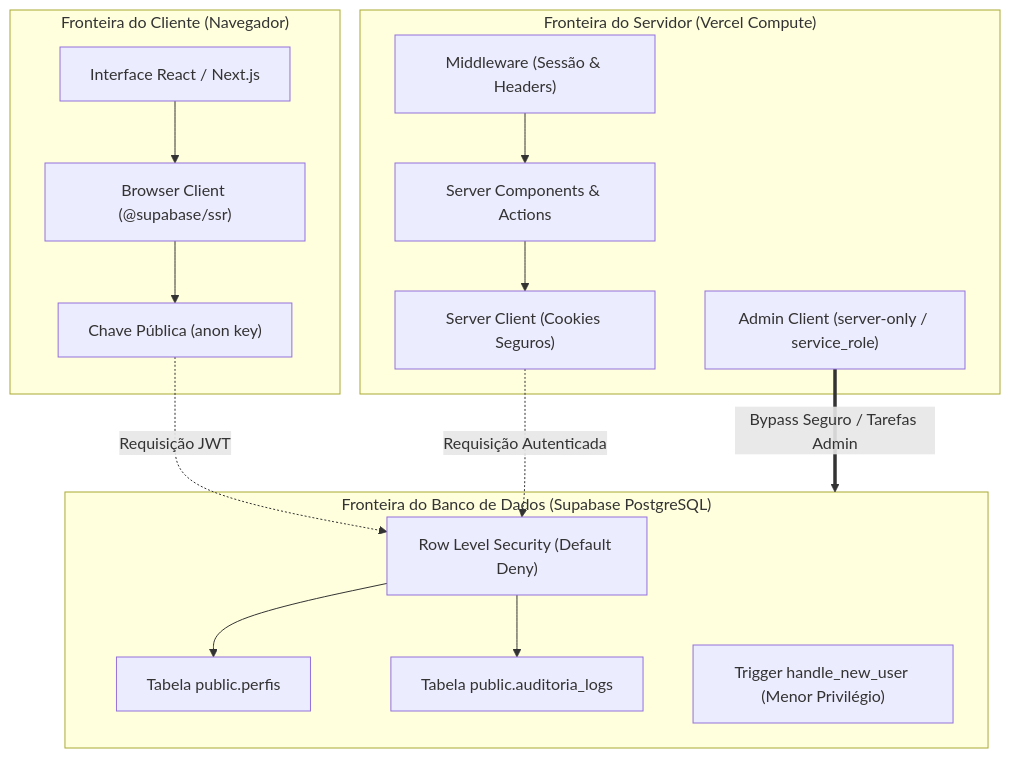
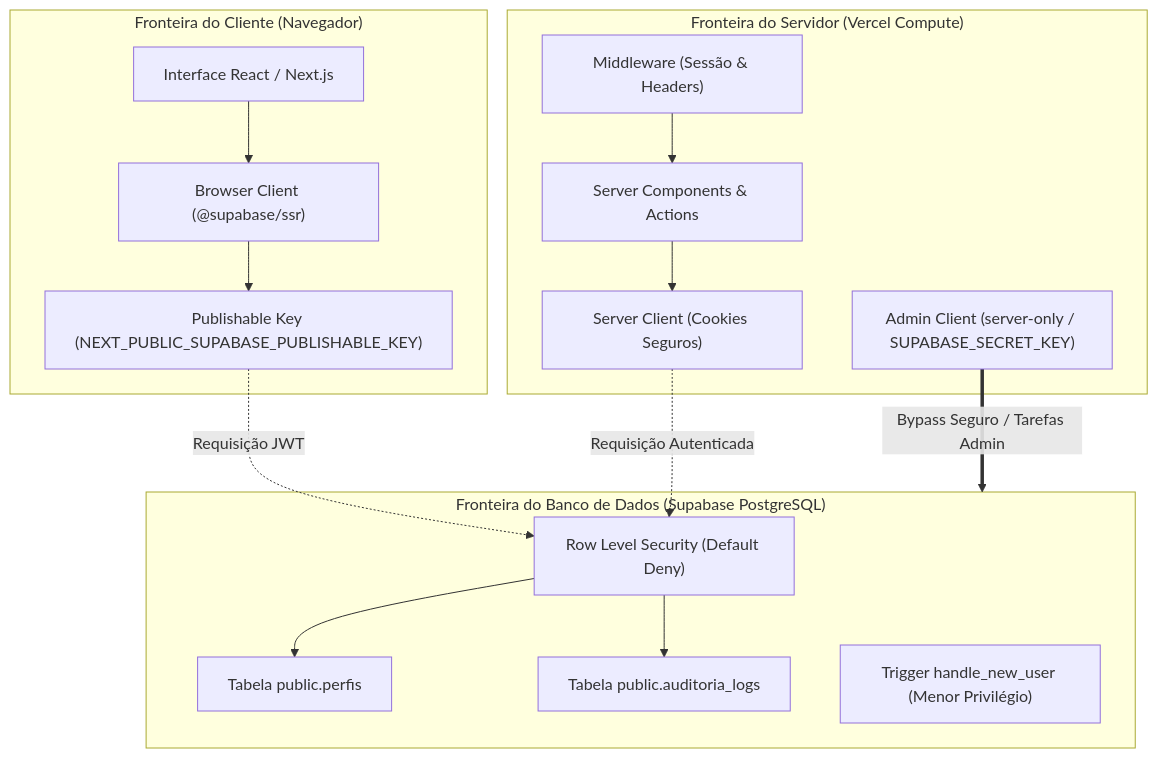
Before and after one commit to r71020142-eng/projetod1: the diagram in docs/SEGURANCA_BACKEND.md, drawn with Mermaid. The commit also changed other lines of this file and 7 other files, not shown here.

Commit message:
fix(backend): adota publishable e secret keys do Supabase

````diff
--- a/docs/SEGURANCA_BACKEND.md
+++ b/docs/SEGURANCA_BACKEND.md
@@ -16,32 +16,32 @@
 ```mermaid
 flowchart TD
     subgraph Client_Boundary ["Fronteira do Cliente (Navegador)"]
         UI["Interface React / Next.js"]
         BC["Browser Client (@supabase/ssr)"]
-        Anon["Chave Pública (anon key)"]
+        PubKey["Publishable Key (NEXT_PUBLIC_SUPABASE_PUBLISHABLE_KEY)"]
     end
 
     subgraph Server_Boundary ["Fronteira do Servidor (Vercel Compute)"]
         MW["Middleware (Sessão & Headers)"]
         RSC["Server Components & Actions"]
         SC["Server Client (Cookies Seguros)"]
-        AC["Admin Client (server-only / service_role)"]
+        AC["Admin Client (server-only / SUPABASE_SECRET_KEY)"]
     end
 
     subgraph Database_Boundary ["Fronteira do Banco de Dados (Supabase PostgreSQL)"]
         RLS["Row Level Security (Default Deny)"]
         Tbl_Perfis["Tabela public.perfis"]
         Tbl_Audit["Tabela public.auditoria_logs"]
         Trg_Signup["Trigger handle_new_user (Menor Privilégio)"]
     end
 
     UI --> BC
-    BC --> Anon
-    Anon -.->|"Requisição JWT"| RLS
+    BC --> PubKey
+    PubKey -.->|"Requisição JWT"| RLS
     MW --> RSC
     RSC --> SC
     SC -.->|"Requisição Autenticada"| RLS
     AC ==>|"Bypass Seguro / Tarefas Admin"| Database_Boundary
     RLS --> Tbl_Perfis
     RLS --> Tbl_Audit
 ```
````
